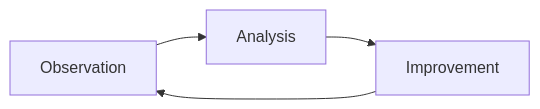
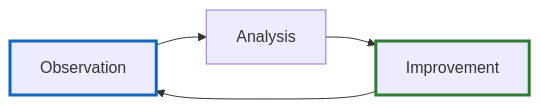
The third of 3 diagrams in README.en.md (prikotov/task-agents-playbook), drawn with Mermaid before and after one commit. The commit also changed other lines of this file and 2 other files, not shown here.

````diff
--- a/README.en.md
+++ b/README.en.md
@@ -195,6 +197,12 @@
 ```mermaid
 flowchart LR
-    A[Observation] --> B[Analysis]
-    B --> C[Improvement]
+    A["Observation"] --> B["Analysis"]
+    B --> C["Improvement"]
     C --> A
+
+    classDef start stroke:#1565c0,stroke-width:3px;
+    classDef finish stroke:#2e7d32,stroke-width:3px;
+
+    class A start;
+    class C finish;
 ```
````
